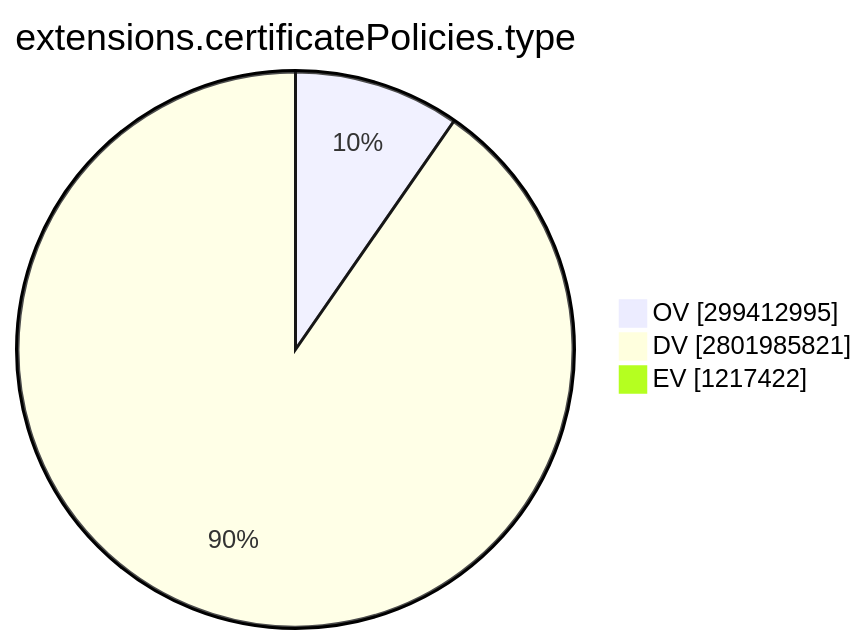
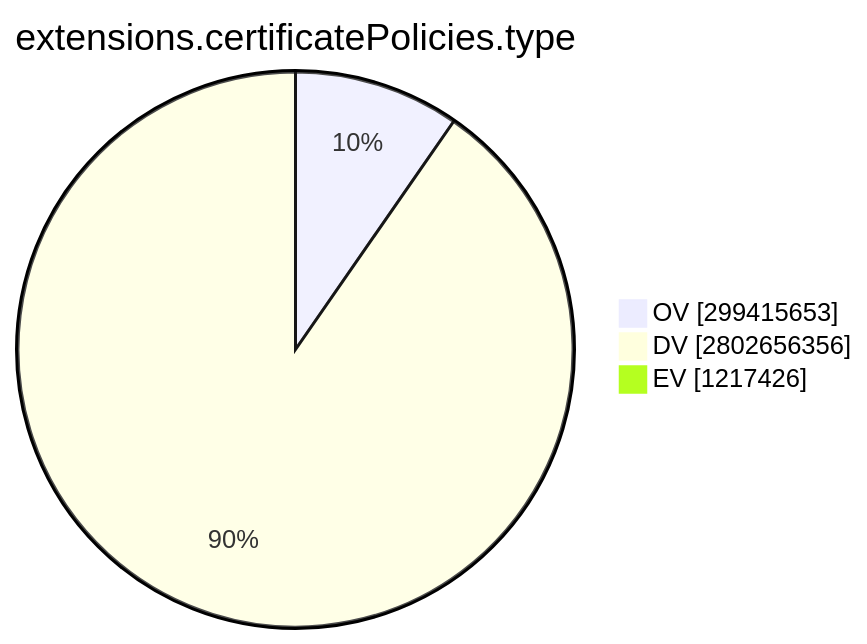
One commit to christiankrug/ctmonitor_visualization changed the ninth of 15 diagrams in TOTAL/README.md. Above: the diagram before and after it, drawn with Mermaid. The commit also changed other lines of this file, not shown here.

````diff
--- a/TOTAL/README.md
+++ b/TOTAL/README.md
@@ -3101,7 +3101,7 @@
 ```mermaid
 pie showData
 title extensions.certificatePolicies.type
-"OV" :299412995
-"DV" :2801985821
-"EV" :1217422
+"OV" :299415653
+"DV" :2802656356
+"EV" :1217426
 ```
````
